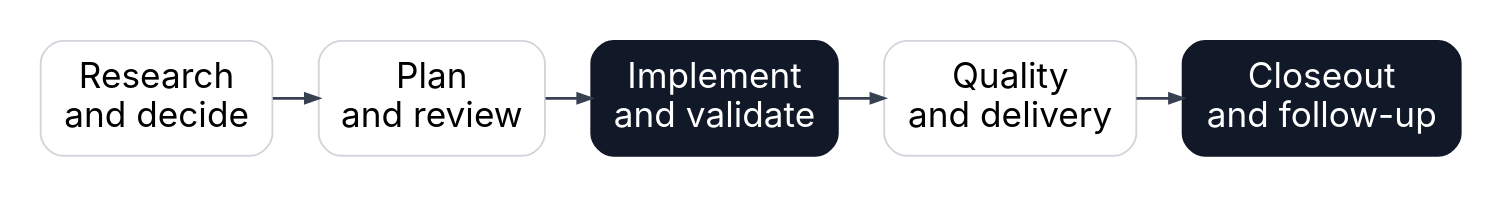
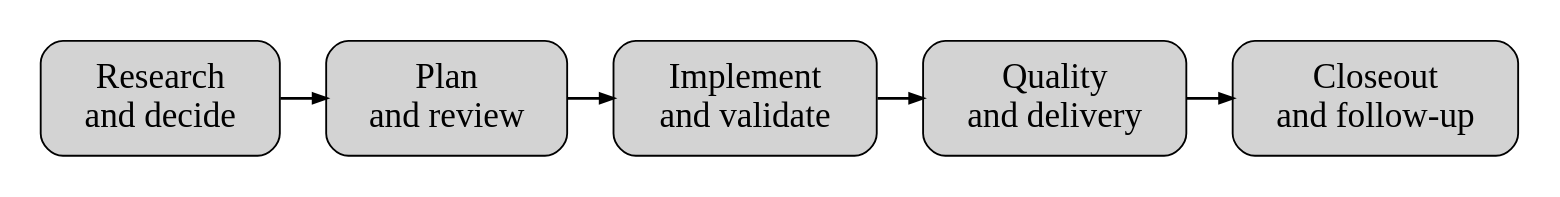
One commit to xonovex/platform changed the diagram in packages/runtime/plugin/plugin-workflow/diagrams/workflow-lifecycle.dot. Above: the diagram before and after it, drawn with Graphviz. The commit also changed 31 other files, not shown here.

First line of the commit message:
feat(asset): mirror the Xonovex diagram style and render the diagrams from roles

```diff
--- a/packages/runtime/plugin/plugin-workflow/diagrams/workflow-lifecycle.dot
+++ b/packages/runtime/plugin/plugin-workflow/diagrams/workflow-lifecycle.dot
@@ -1,13 +1,13 @@
 digraph diagram {
-  graph [bgcolor="white", rankdir=LR, pad=0.2, nodesep=0.25, ranksep=0.35, splines=polyline, fontname="Space Grotesk,sans-serif", fontcolor="#000000"]
-  node [shape=box, style="rounded,filled", fontname="Inter,sans-serif", fontsize=19, color="#d1d5db", fillcolor="#ffffff", fontcolor="#000000", margin="0.17,0.14"]
-  edge [fontname="Inter,sans-serif", color="#374151", penwidth=1.5, arrowsize=0.7]
+  graph [rankdir=LR, pad=0.2, nodesep=0.25, ranksep=0.35, splines=polyline]
+  node [shape=box, style="rounded,filled", fontsize=19, margin="0.17,0.14"]
+  edge [penwidth=1.5, arrowsize=0.7]
 
   research [label="Research\nand decide"]
   plan [label="Plan\nand review"]
-  cycle [label="Implement\nand validate", fillcolor="#111827", color="#111827", fontcolor="#ffffff"]
+  cycle [label="Implement\nand validate", role="strong"]
   quality [label="Quality\nand delivery"]
-  done [label="Closeout\nand follow-up", fillcolor="#111827", color="#111827", fontcolor="#ffffff"]
+  done [label="Closeout\nand follow-up", role="strong"]
 
   research -> plan -> cycle -> quality -> done
 }
```
